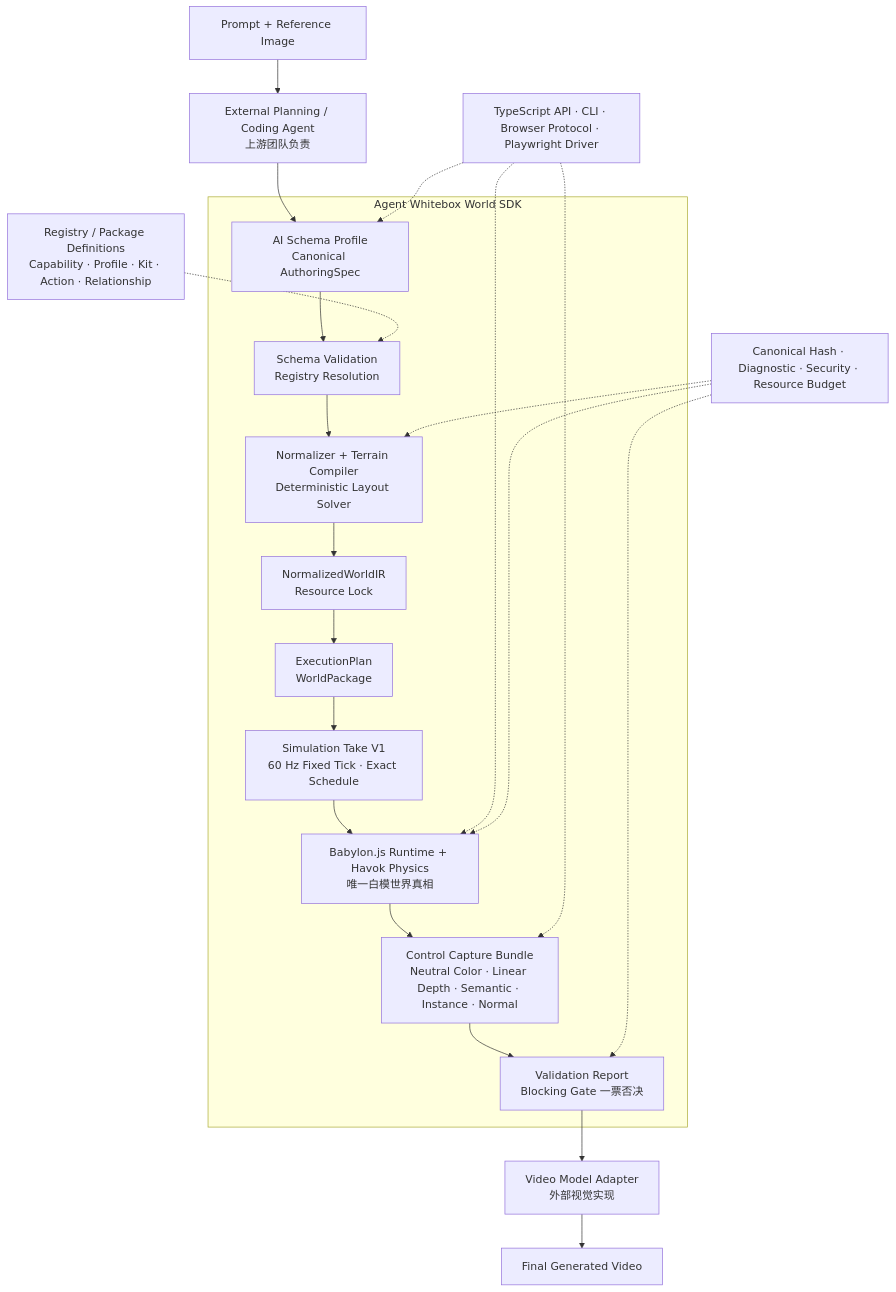
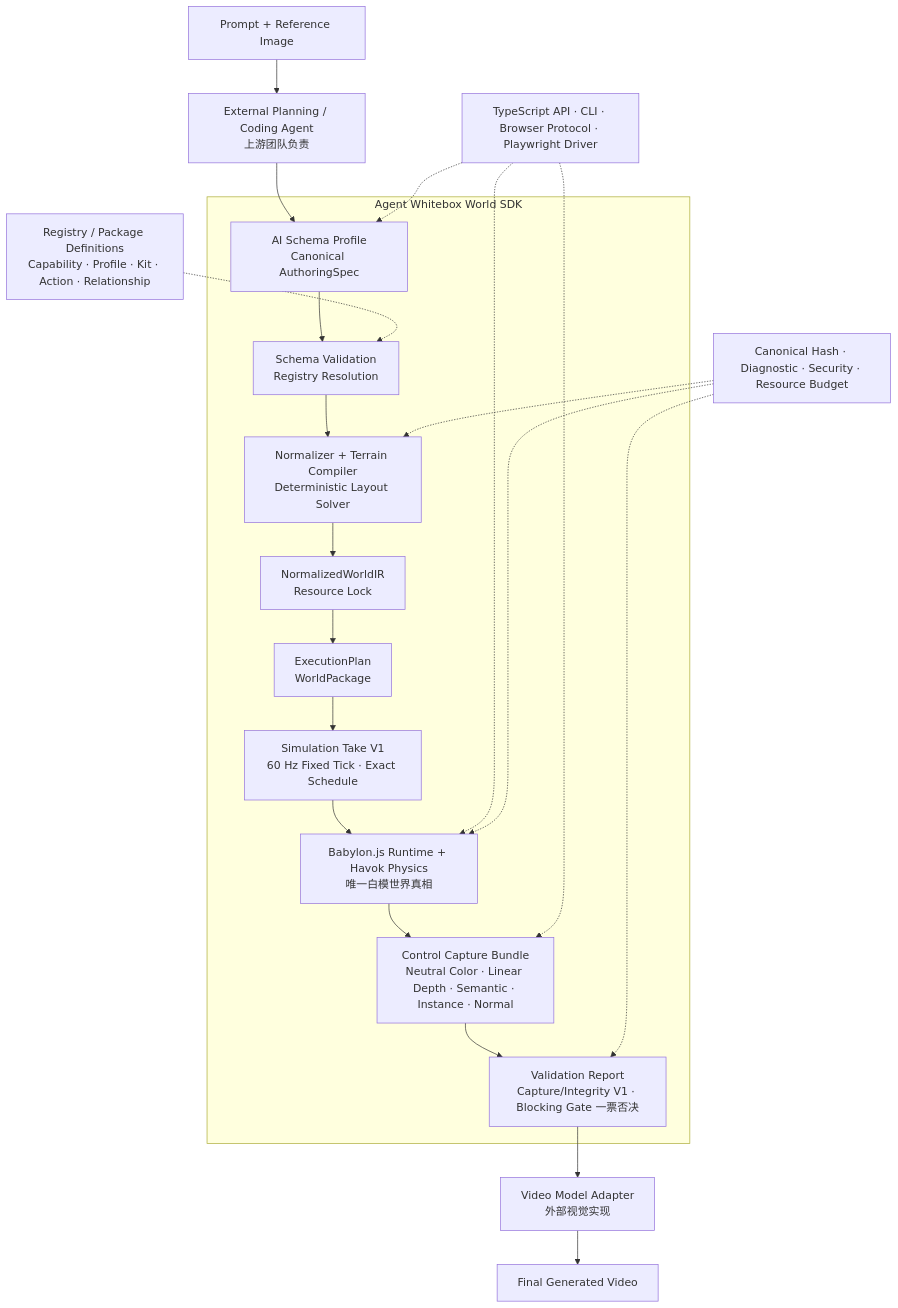
The diagram in README.md (Gjh829803/ceshi), drawn with Mermaid before and after one commit. The commit also changed other lines of this file and 5 other files, not shown here.

Commit message:
docs: close validation capture integrity milestone

````diff
--- a/README.md
+++ b/README.md
@@ -27,30 +27,30 @@
 ```mermaid
 flowchart TB
     INPUT["Prompt + Reference Image"] --> AGENT["External Planning / Coding Agent<br/>上游团队负责"]
 
     subgraph SDK["Agent Whitebox World SDK"]
         AUTHOR["AI Schema Profile<br/>Canonical AuthoringSpec"]
         VALIDATE["Schema Validation<br/>Registry Resolution"]
         COMPILE["Normalizer + Terrain Compiler<br/>Deterministic Layout Solver"]
         IR["NormalizedWorldIR<br/>Resource Lock"]
         PACKAGE["ExecutionPlan<br/>WorldPackage"]
         TAKE["Simulation Take V1<br/>60 Hz Fixed Tick · Exact Schedule"]
         RUNTIME["Babylon.js Runtime + Havok Physics<br/>唯一白模世界真相"]
         CAPTURE["Control Capture Bundle<br/>Neutral Color · Linear Depth · Semantic · Instance · Normal"]
-        REPORT["Validation Report<br/>Blocking Gate 一票否决"]
+        REPORT["Validation Report<br/>Capture/Integrity V1 · Blocking Gate 一票否决"]
 
         AUTHOR --> VALIDATE --> COMPILE --> IR --> PACKAGE --> TAKE --> RUNTIME --> CAPTURE --> REPORT
     end
 
     AGENT --> AUTHOR
 
     LEGO["Registry / Package Definitions<br/>Capability · Profile · Kit · Action · Relationship"] -.-> VALIDATE
     TOOLING["TypeScript API · CLI · Browser Protocol · Playwright Driver"] -.-> AUTHOR
     TOOLING -.-> RUNTIME
     TOOLING -.-> CAPTURE
     FOUNDATION["Canonical Hash · Diagnostic · Security · Resource Budget"] -.-> COMPILE
     FOUNDATION -.-> RUNTIME
     FOUNDATION -.-> REPORT
 
     REPORT --> ADAPTER["Video Model Adapter<br/>外部视觉实现"] --> VIDEO["Final Generated Video"]
 ```
````
